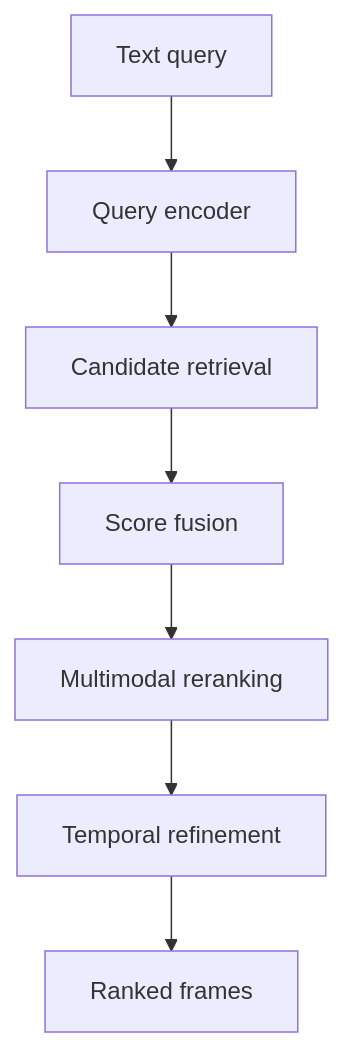
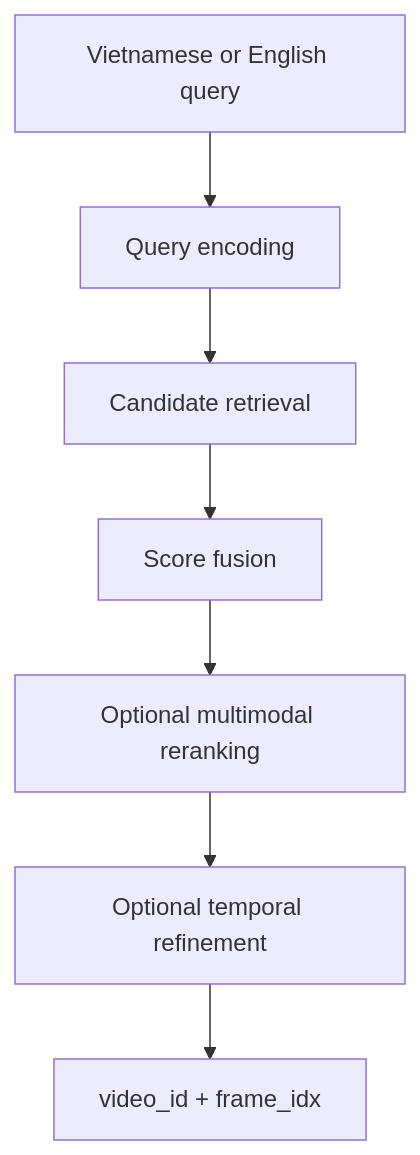
The diagram in README.md (khang1108/MLeCDanBGold), drawn with Mermaid before and after one commit. The commit also changed other lines of this file and 1 other file, not shown here.

````diff
--- a/README.md
+++ b/README.md
@@ -30,9 +35,9 @@
 ```mermaid
 flowchart TD
-    Q["Text query"] --> E["Query encoder"]
+    Q["Vietnamese or English query"] --> E["Query encoding"]
     E --> R["Candidate retrieval"]
     R --> F["Score fusion"]
-    F --> M["Multimodal reranking"]
-    M --> T["Temporal refinement"]
-    T --> U["Ranked frames"]
+    F --> M["Optional multimodal reranking"]
+    M --> T["Optional temporal refinement"]
+    T --> U["video_id + frame_idx"]
 ```
````
